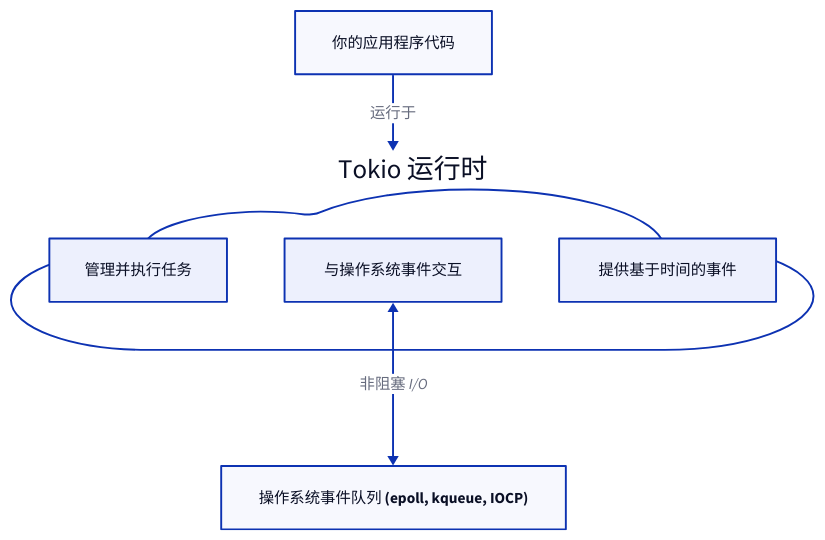
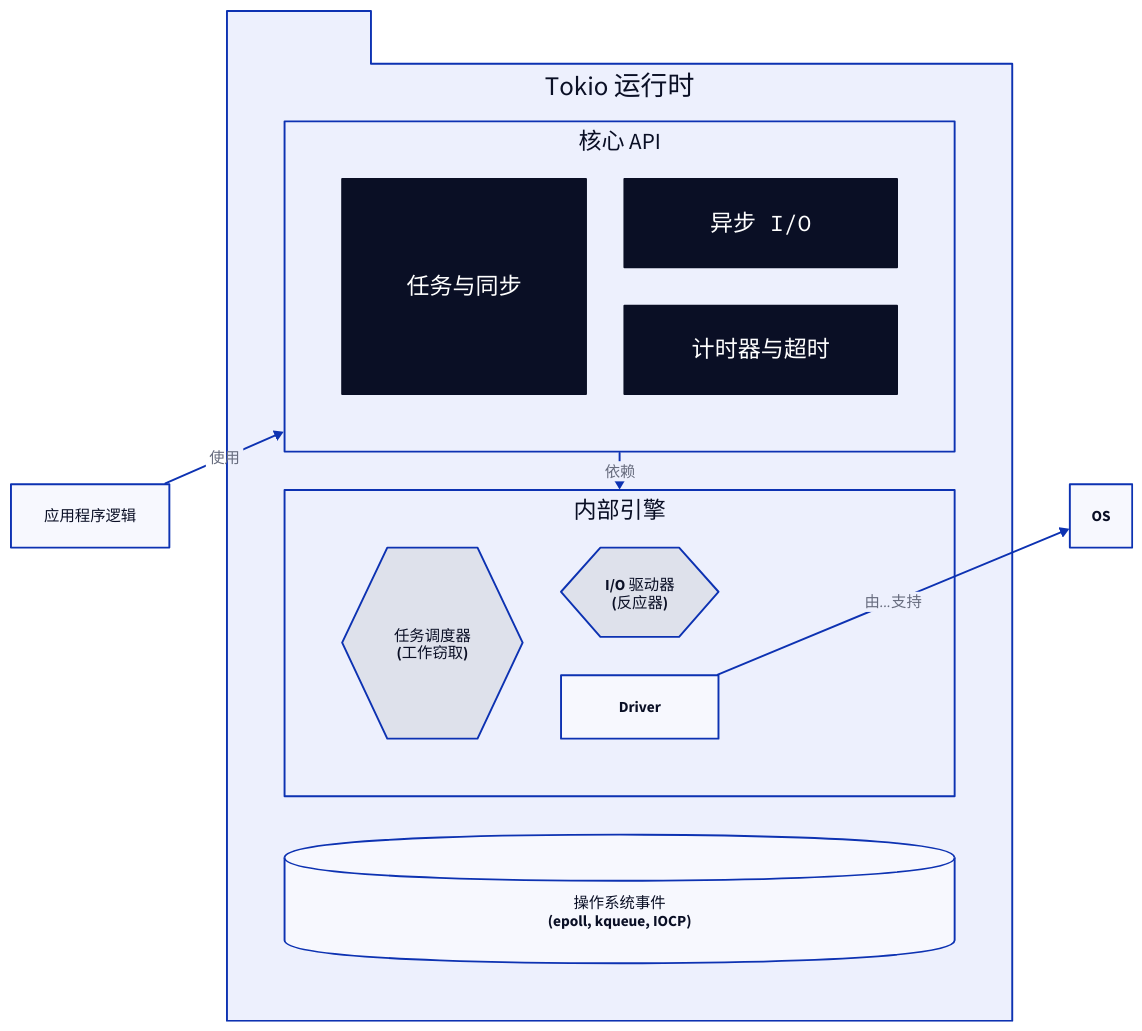
Before and after one commit to lban2049/tokio: the diagram in .aigne/doc-smith/docs/overview.zh.md, drawn with D2. The commit also changed other lines of this file and 42 other files, not shown here.

````diff
--- a/.aigne/doc-smith/docs/overview.zh.md
+++ b/.aigne/doc-smith/docs/overview.zh.md
@@ -21,14 +21,55 @@
 ```d2
 direction: down
 
-"你的应用程序代码" -> "Tokio 运行时": "运行于"
-
-"Tokio 运行时": {
-  shape: cloud
-  "任务调度器": "管理并执行任务"
-  "I/O 反应器": "与操作系统事件交互"
-  "计时器": "提供基于时间的事件"
+"应用程序逻辑" {
+  shape: rectangle
 }
 
-"Tokio 运行时"."I/O 反应器" <-> "操作系统事件队列 (epoll, kqueue, IOCP)": "非阻塞 I/O"
+"Tokio 运行时" {
+  shape: package
+  grid-columns: 1
+
+  "核心 API" {
+    shape: rectangle
+    grid-columns: 2
+
+    "任务管理" {
+      label: "任务与同步"
+      shape: class
+    }
+    "I/O 原语" {
+      label: "异步 I/O"
+      shape: class
+    }
+    "时间工具" {
+      label: "计时器与超时"
+      shape: class
+    }
+  }
+
+  "内部引擎" {
+    shape: rectangle
+    grid-columns: 2
+    
+    "调度器" {
+      label: "任务调度器\n(工作窃取)"
+      shape: hexagon
+    }
+
+    "驱动器" {
+      label: "I/O 驱动器\n(反应器)"
+      shape: hexagon
+    }
+  }
+
+  "操作系统" {
+      label: "操作系统事件\n(epoll, kqueue, IOCP)"
+      shape: cylinder
+  }
+}
+
+"应用程序逻辑" -> "Tokio 运行时"."核心 API": "使用"
+"Tokio 运行时"."核心 API" -> "Tokio 运行时"."内部引擎": "依赖"
+"Tokio 运行时"."内部引擎".Driver -> "OS": "由...支持"
+
 ```
````
